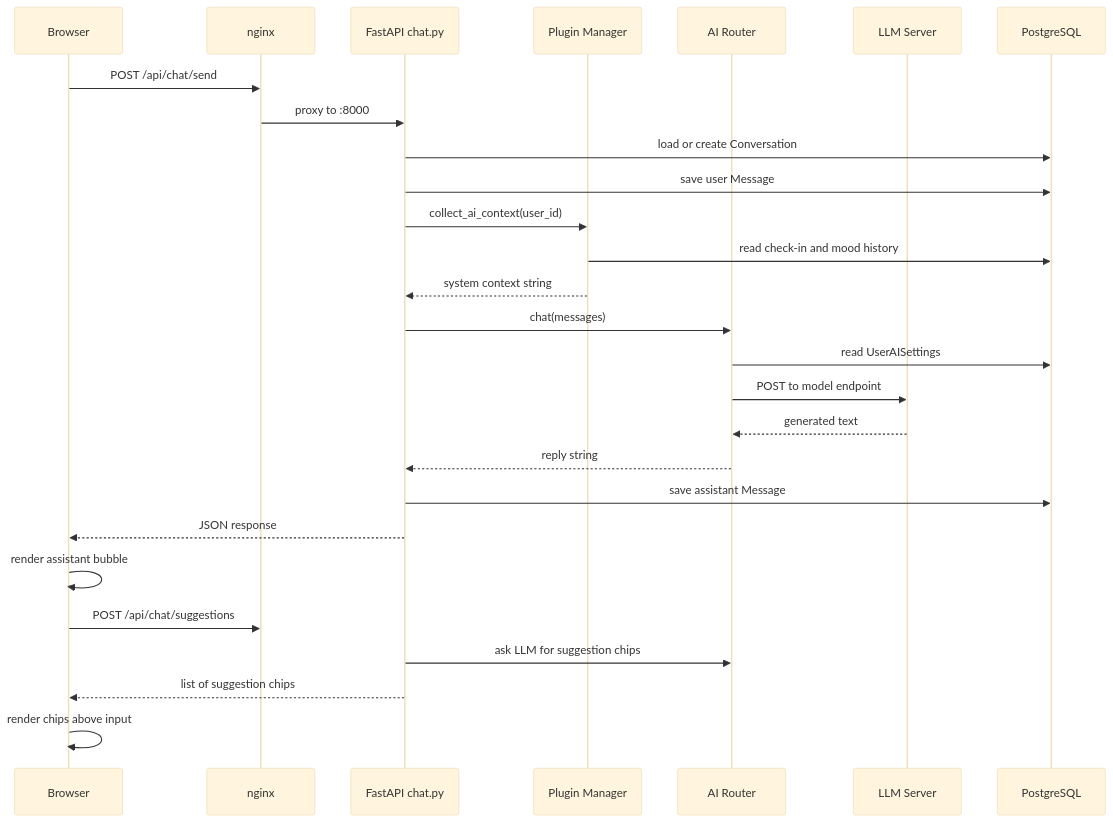
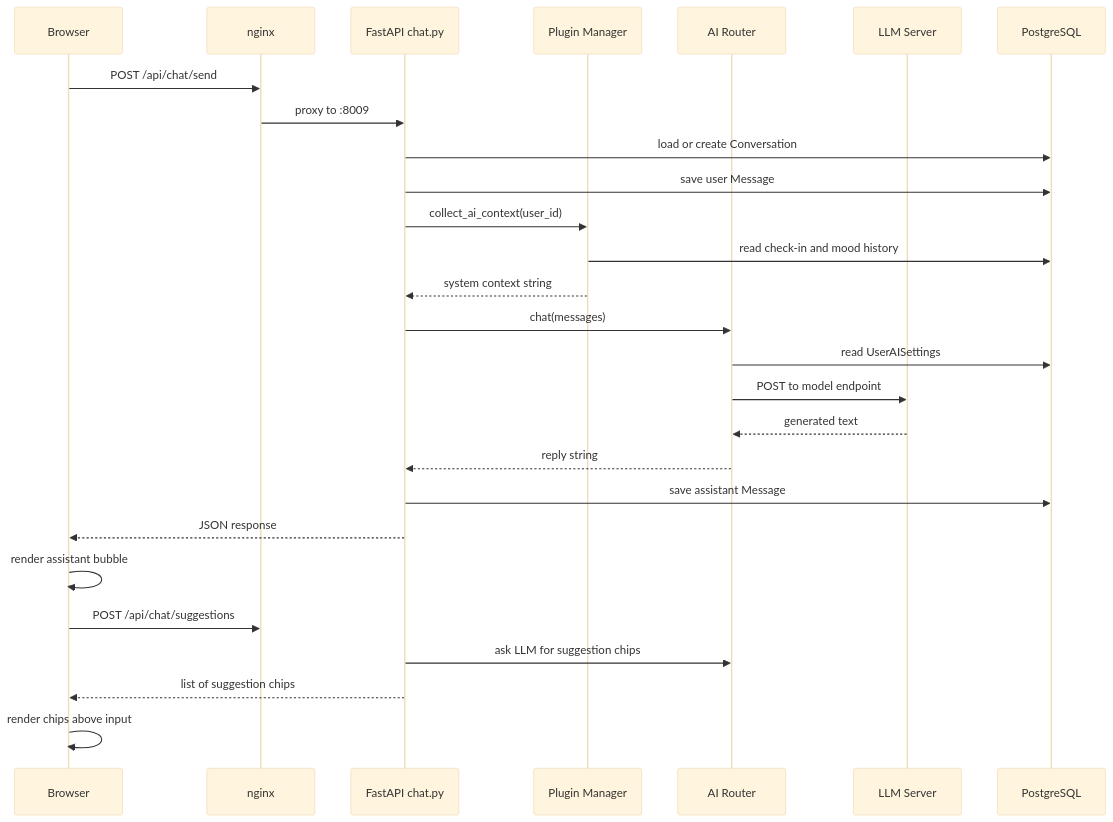
Before and after one commit to sohaib1khan/AccessBot: the second of 5 diagrams in README.md, drawn with Mermaid (base theme). The commit also changed other lines of this file and 5 other files, not shown here.

````diff
--- a/README.md
+++ b/README.md
@@ -84,30 +84,30 @@
 ```mermaid
 sequenceDiagram
     participant B as Browser
     participant N as nginx
     participant F as FastAPI chat.py
     participant P as Plugin Manager
     participant AI as AI Router
     participant LLM as LLM Server
     participant DB as PostgreSQL
 
     B->>N: POST /api/chat/send
-    N->>F: proxy to :8000
+    N->>F: proxy to :8009
     F->>DB: load or create Conversation
     F->>DB: save user Message
     F->>P: collect_ai_context(user_id)
     P->>DB: read check-in and mood history
     P-->>F: system context string
     F->>AI: chat(messages)
     AI->>DB: read UserAISettings
     AI->>LLM: POST to model endpoint
     LLM-->>AI: generated text
     AI-->>F: reply string
     F->>DB: save assistant Message
     F-->>B: JSON response
     B->>B: render assistant bubble
     B->>N: POST /api/chat/suggestions
     F->>AI: ask LLM for suggestion chips
     F-->>B: list of suggestion chips
     B->>B: render chips above input
 ```
````
